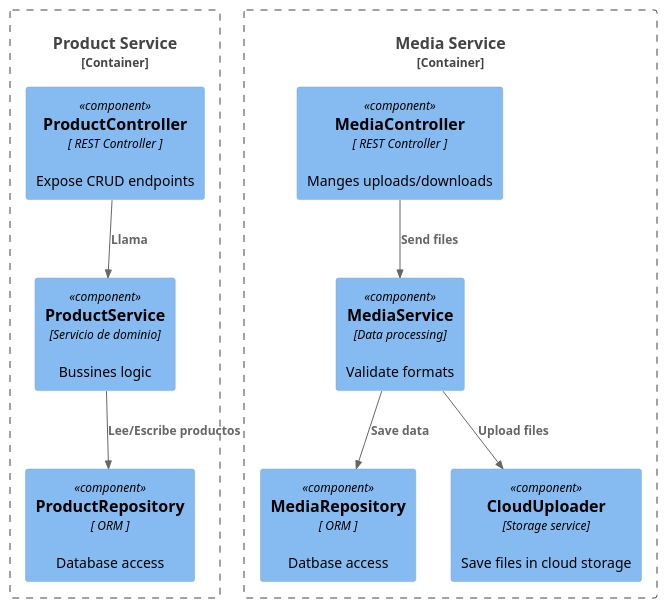
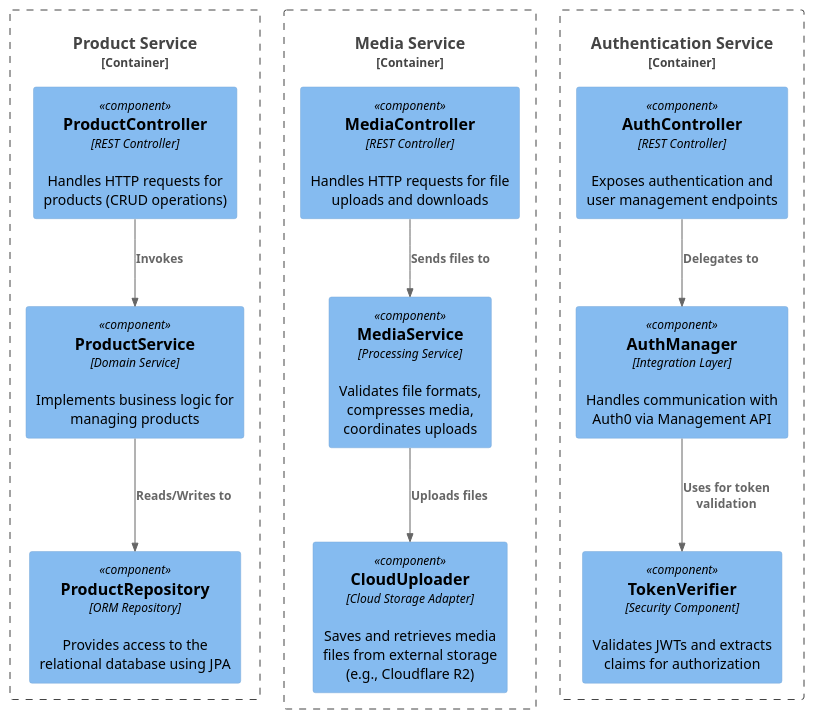
The diagram in c4 diagram/lvl3-components.puml (SCI-degree-project/docs), drawn with PlantUML before and after one commit. The commit also changed 2 other files, not shown here.

```diff
--- a/c4 diagram/lvl3-components.puml
+++ b/c4 diagram/lvl3-components.puml
@@ -1,25 +1,31 @@
 @startuml ""
 !includeurl https://raw.githubusercontent.com/plantuml-stdlib/C4-PlantUML/master/C4_Component.puml
 
-
 Container_Boundary(productService, "Product Service") {
-    Component(productController, "ProductController", " REST Controller ", "Expose CRUD endpoints")
-    Component(productLogic, "ProductService", "Servicio de dominio", "Bussines logic")
-    Component(productRepo, "ProductRepository", " ORM ", "Database access")
+    Component(productController, "ProductController", "REST Controller", "Handles HTTP requests for products (CRUD operations)")
+    Component(productLogic, "ProductService", "Domain Service", "Implements business logic for managing products")
+    Component(productRepo, "ProductRepository", "ORM Repository", "Provides access to the relational database using JPA")
 }
 
-Rel(productController, productLogic, "Llama")
-Rel(productLogic, productRepo, "Lee/Escribe productos")
+Rel(productController, productLogic, "Invokes")
+Rel(productLogic, productRepo, "Reads/Writes to")
 
 Container_Boundary(mediaService, "Media Service") {
-    Component(mediaController, "MediaController", " REST Controller ", "Manges uploads/downloads")
-    Component(mediaProcessor, "MediaService", "Data processing", "Validate formats")
-    Component(mediaRepo, "MediaRepository", " ORM ", "Datbase access")
-    Component(cloudUploader, "CloudUploader", "Storage service", "Save files in cloud storage")
+    Component(mediaController, "MediaController", "REST Controller", "Handles HTTP requests for file uploads and downloads")
+    Component(mediaProcessor, "MediaService", "Processing Service", "Validates file formats, compresses media, coordinates uploads")
+    Component(cloudUploader, "CloudUploader", "Cloud Storage Adapter", "Saves and retrieves media files from external storage (e.g., Cloudflare R2)")
 }
 
-Rel(mediaController, mediaProcessor, "Send files")
-Rel(mediaProcessor, mediaRepo, "Save data")
-Rel(mediaProcessor, cloudUploader, "Upload files")
+Rel(mediaController, mediaProcessor, "Sends files to")
+Rel(mediaProcessor, cloudUploader, "Uploads files")
+
+Container_Boundary(authService, "Authentication Service") {
+    Component(authController, "AuthController", "REST Controller", "Exposes authentication and user management endpoints")
+    Component(authManager, "AuthManager", "Integration Layer", "Handles communication with Auth0 via Management API")
+    Component(tokenVerifier, "TokenVerifier", "Security Component", "Validates JWTs and extracts claims for authorization")
+}
+
+Rel(authController, authManager, "Delegates to")
+Rel(authManager, tokenVerifier, "Uses for token validation")
 
 @enduml
```
